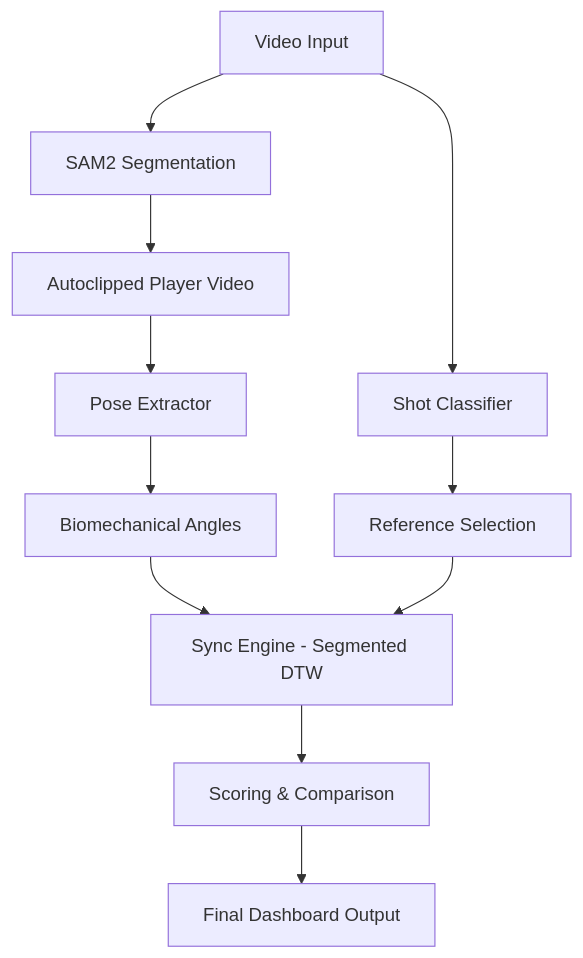
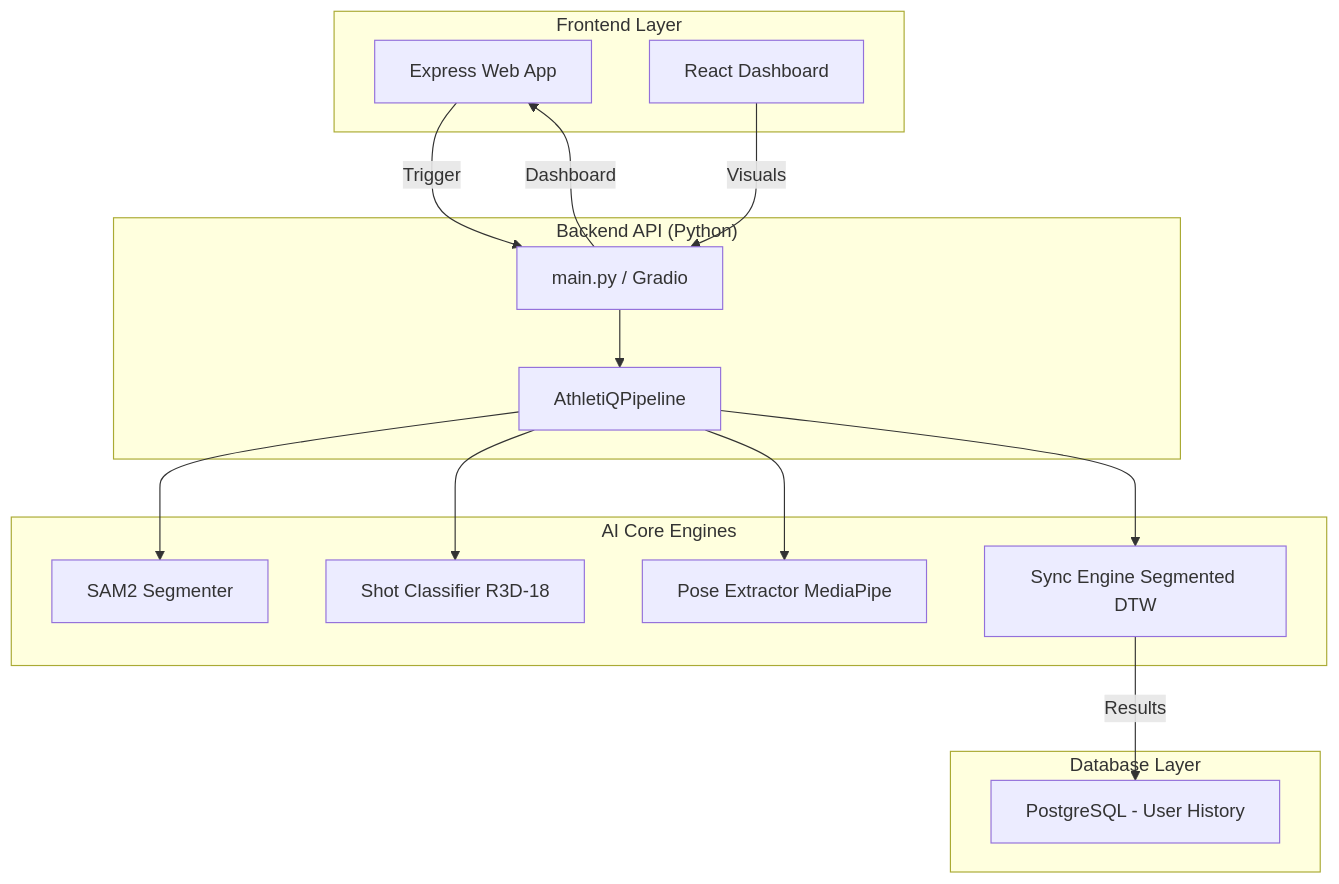
Before and after one commit to milansinghal2004/AthletiQ: the first of 2 diagrams in README.md, drawn with Mermaid. The commit also changed other lines of this file and 60 other files, not shown here.

````diff
--- a/README.md
+++ b/README.md
@@ -34,13 +42,33 @@
 ```mermaid
 graph TD
-    A[Video Input] --> B[Shot Classifier]
-    A --> C[SAM2 Segmentation]
-    B --> D[Reference Selection]
-    C --> E[Autoclipped Player Video]
-    E --> F[Pose Extractor]
-    F --> G[Biomechanical Angles]
-    G --> H[Sync Engine - Segmented DTW]
-    D --> H
-    H --> I[Scoring & Comparison]
-    I --> J[Final Dashboard Output]
+    subgraph "Frontend Layer"
+        FE_EXPRESS[Express Web App]
+        FE_REACT[React Dashboard]
+    end
+
+    subgraph "Backend API (Python)"
+        MAIN[main.py / Gradio]
+        PIPE[AthletiQPipeline]
+    end
+
+    subgraph "AI Core Engines"
+        SAM2[SAM2 Segmenter]
+        SC[Shot Classifier R3D-18]
+        PE[Pose Extractor MediaPipe]
+        SE[Sync Engine Segmented DTW]
+    end
+
+    subgraph "Database Layer"
+        PG[PostgreSQL - User History]
+    end
+
+    FE_EXPRESS -->|Trigger| MAIN
+    FE_REACT -->|Visuals| MAIN
+    MAIN --> PIPE
+    PIPE --> SAM2
+    PIPE --> SC
+    PIPE --> PE
+    PIPE --> SE
+    SE -->|Results| PG
+    MAIN -->|Dashboard| FE_EXPRESS
 ```
````
